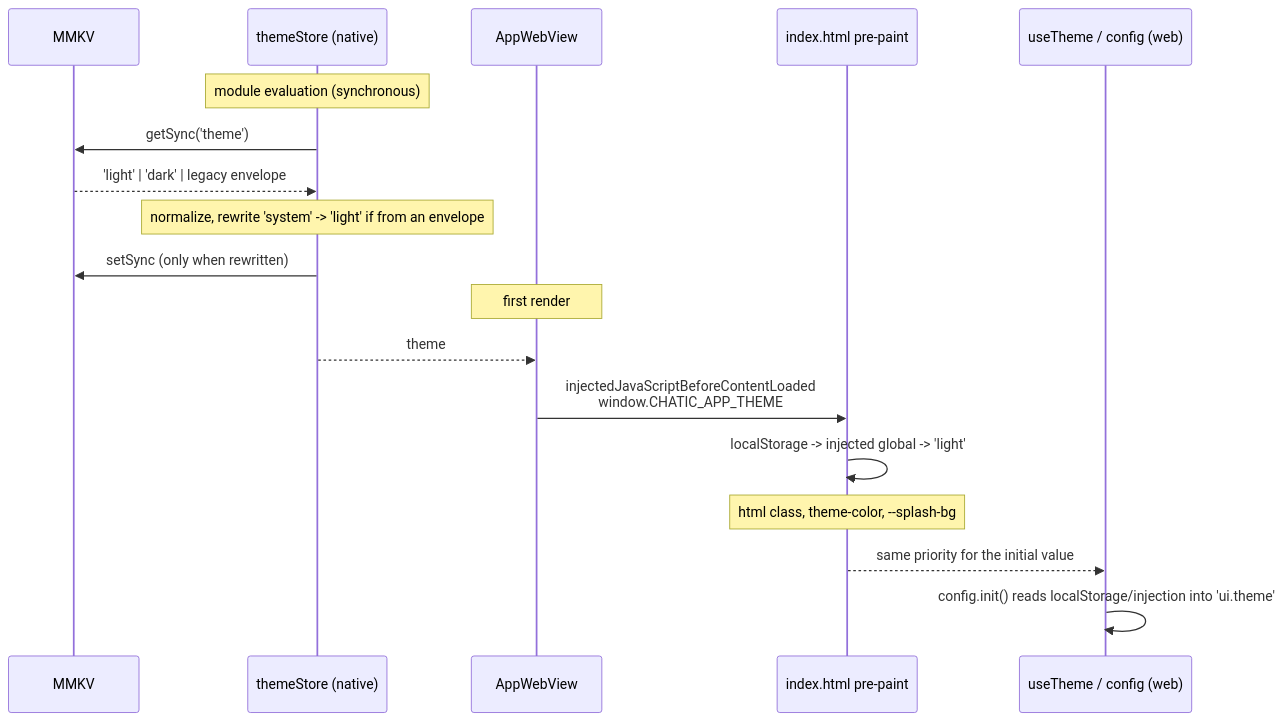
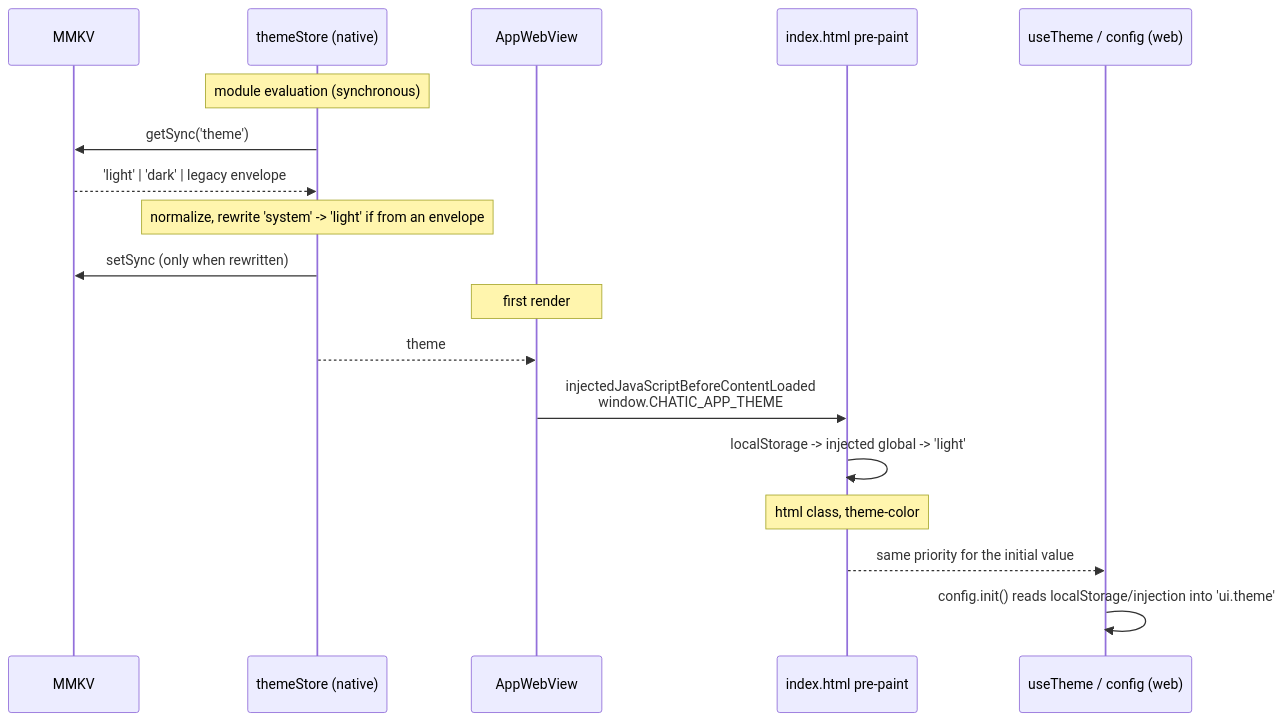
Before and after one commit to lemoncloud-io/dou-app: the first of 2 diagrams in apps/mobile/docs/system/theme.md, drawn with Mermaid. The commit also changed other lines of this file and 90 other files, not shown here.

````diff
--- a/apps/mobile/docs/system/theme.md
+++ b/apps/mobile/docs/system/theme.md
@@ -116,22 +117,22 @@
 ```mermaid
 sequenceDiagram
     participant MMKV
     participant Store as themeStore (native)
     participant WV as AppWebView
     participant HTML as index.html pre-paint
     participant WStore as useTheme / config (web)
 
     Note over Store: module evaluation (synchronous)
     Store->>MMKV: getSync('theme')
     MMKV-->>Store: 'light' | 'dark' | legacy envelope
     Note over Store: normalize, rewrite 'system' -> 'light' if from an envelope
     Store->>MMKV: setSync (only when rewritten)
 
     Note over WV: first render
     Store-->>WV: theme
     WV->>HTML: injectedJavaScriptBeforeContentLoaded<br/>window.CHATIC_APP_THEME
     HTML->>HTML: localStorage -> injected global -> 'light'
-    Note over HTML: html class, theme-color, --splash-bg
+    Note over HTML: html class, theme-color
     HTML-->>WStore: same priority for the initial value
     WStore->>WStore: config.init() reads localStorage/injection into 'ui.theme'
 ```
````
